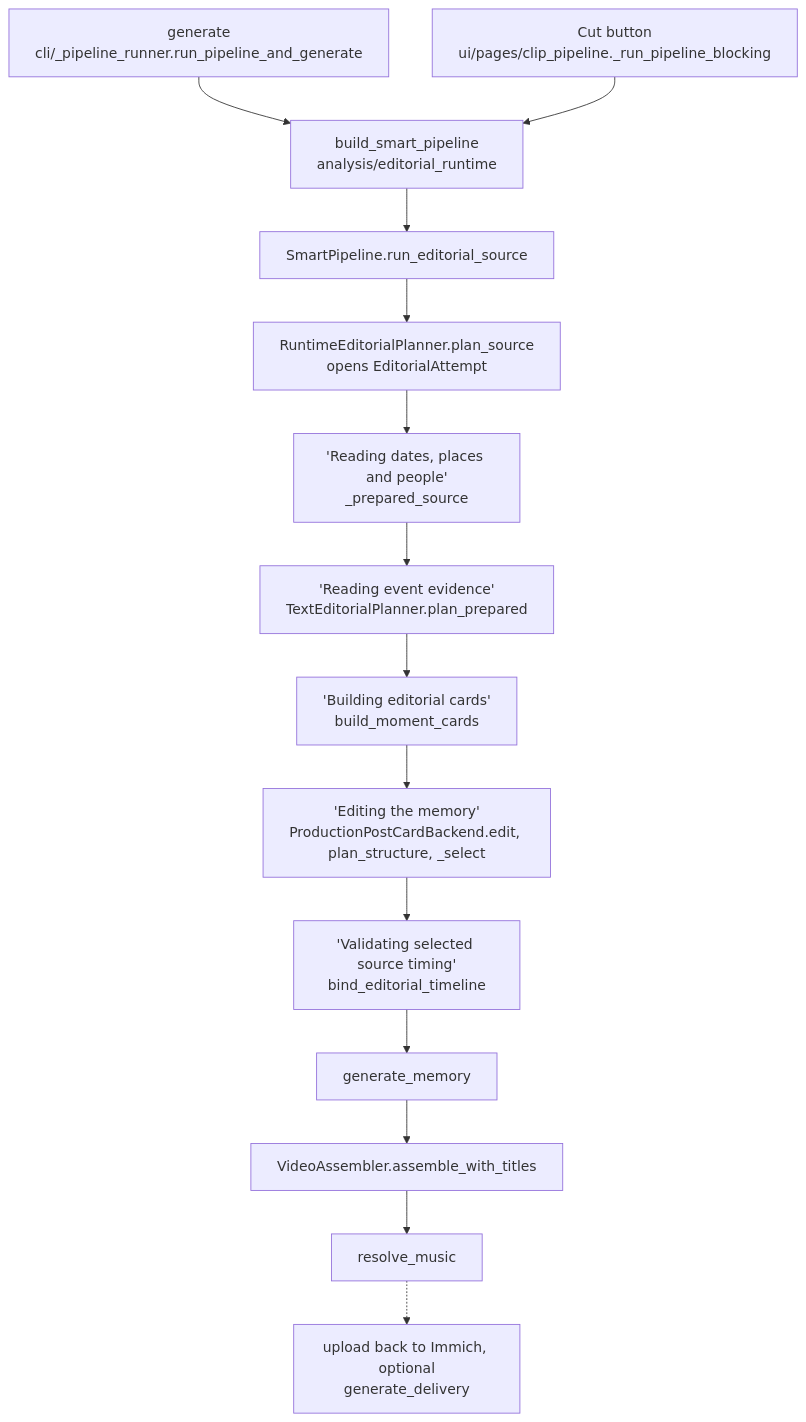
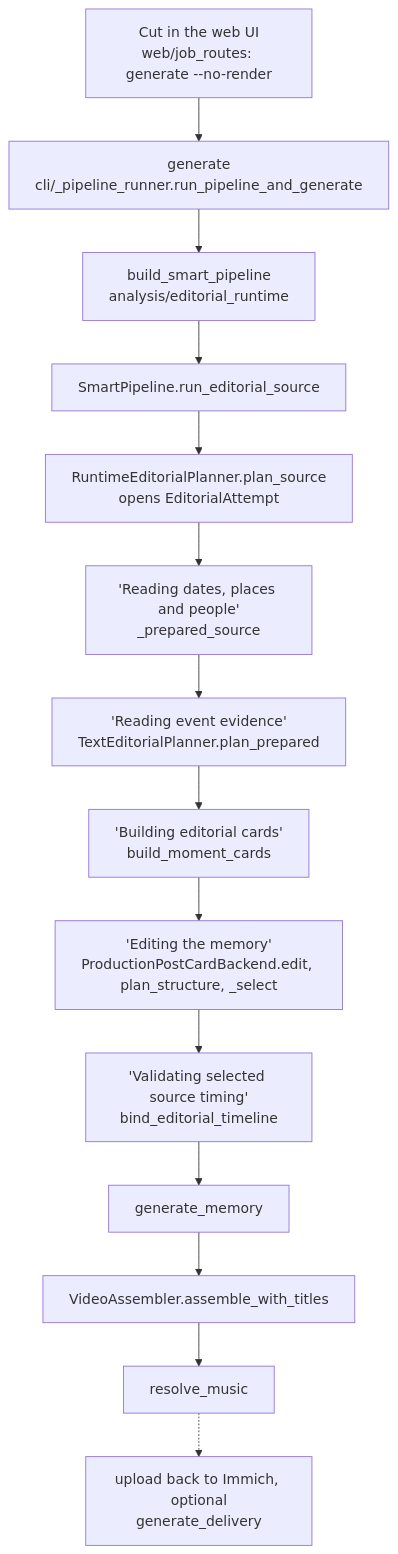
One commit to sam-dumont/immich-memories changed the second of 3 diagrams in docs-site/docs/how-it-chooses/overview.md. Above: the diagram before and after it, drawn with Mermaid. The commit also changed other lines of this file and 8 other files, not shown here.

First line of the commit message:
docs(choose): How it chooses opens on a plain-language flow, and says one thing per rule (#1509)

````diff
--- a/docs-site/docs/how-it-chooses/overview.md
+++ b/docs-site/docs/how-it-chooses/overview.md
@@ -50,16 +62,16 @@
 ```mermaid
 flowchart TD
+  ui["Cut in the web UI<br/>web/job_routes: generate --no-render"] --> cli
   cli["generate<br/>cli/_pipeline_runner.run_pipeline_and_generate"] --> build
-  ui["Cut button<br/>ui/pages/clip_pipeline._run_pipeline_blocking"] --> build
   build["build_smart_pipeline<br/>analysis/editorial_runtime"] --> run["SmartPipeline.run_editorial_source"]
   run --> plan["RuntimeEditorialPlanner.plan_source<br/>opens EditorialAttempt"]
   plan --> prep["'Reading dates, places and people'<br/>_prepared_source"]
   prep --> read["'Reading event evidence'<br/>TextEditorialPlanner.plan_prepared"]
   read --> cards["'Building editorial cards'<br/>build_moment_cards"]
   cards --> edit["'Editing the memory'<br/>ProductionPostCardBackend.edit, plan_structure, _select"]
   edit --> timing["'Validating selected source timing'<br/>bind_editorial_timeline"]
   timing --> gen["generate_memory"]
   gen --> assemble["VideoAssembler.assemble_with_titles"]
   assemble --> music["resolve_music"]
   music -.-> deliver["upload back to Immich, optional<br/>generate_delivery"]
 ```
````
